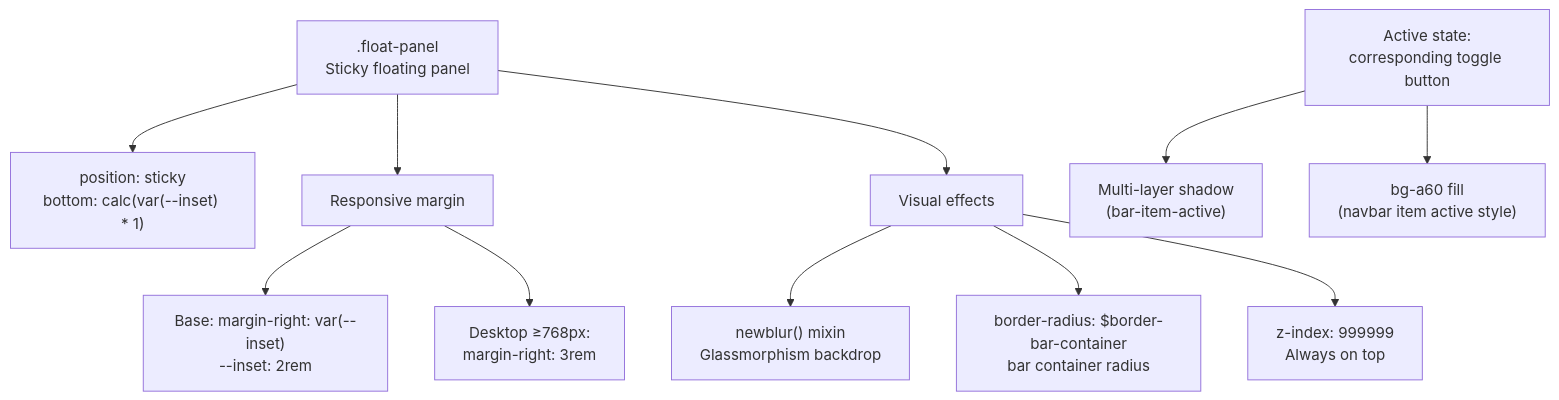
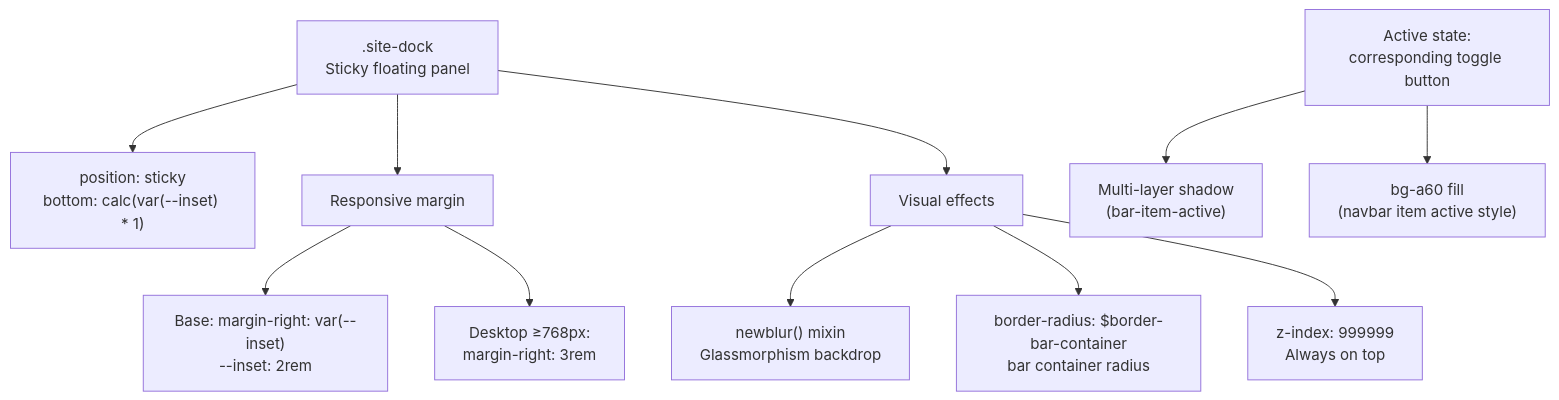
The third of 5 diagrams in docs/knowledge/01-样式系统/responsive-design.md (xaoxuu/hexo-theme-stellar), drawn with Mermaid before and after one commit. The commit also changed other lines of this file and 287 other files, not shown here.

````diff
--- a/docs/knowledge/01-样式系统/responsive-design.md
+++ b/docs/knowledge/01-样式系统/responsive-design.md
@@ -170,18 +170,18 @@
 ```mermaid
 graph TB
-    FloatPanel[".float-panel<br/>Sticky floating panel"]
+    FloatPanel[".site-dock<br/>Sticky floating panel"]
     
     FloatPanel --> Position["position: sticky<br/>bottom: calc(var(--inset) * 1)"]
     FloatPanel --> Responsive["Responsive margin"]
     FloatPanel --> Visual["Visual effects"]
     
     Responsive --> MarginBase["Base: margin-right: var(--inset)<br/>--inset: 2rem"]
     Responsive --> MarginDesktop["Desktop ≥768px:<br/>margin-right: 3rem"]
     
     Visual --> Blur["newblur() mixin<br/>Glassmorphism backdrop"]
     Visual --> Radius["border-radius: $border-bar-container<br/>bar container radius"]
     Visual --> ZIndex["z-index: 999999<br/>Always on top"]
     
     StateActive["Active state:<br/>corresponding toggle button"] --> Shadow["Multi-layer shadow<br/>(bar-item-active)"]
     StateActive --> Background["bg-a60 fill<br/>(navbar item active style)"]
 ```
````
